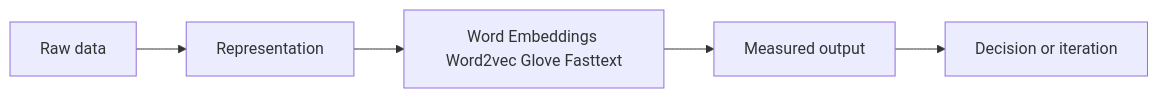
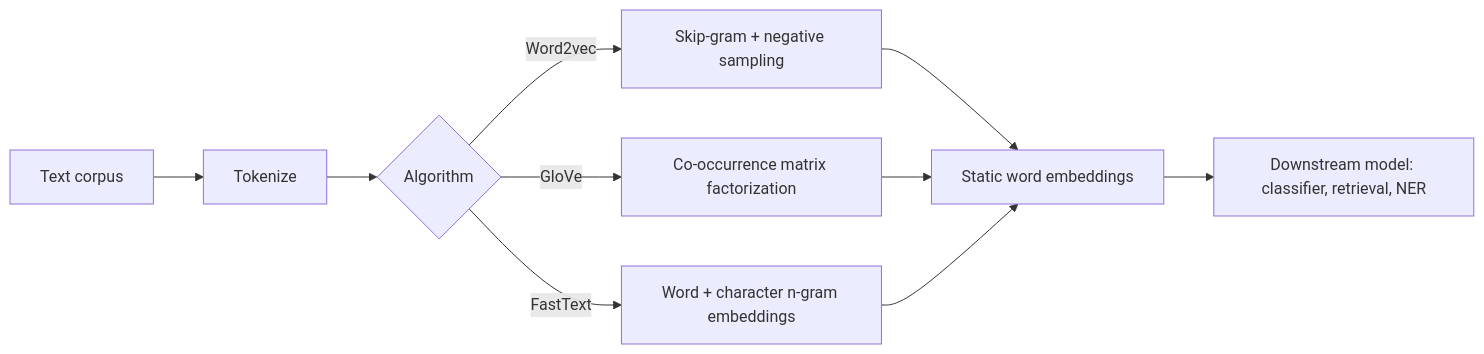
Before and after one commit to Icon1cc/Machine-Learning: the diagram in nlp/04-word-embeddings-word2vec-glove-fasttext.md, drawn with Mermaid. The commit also changed other lines of this file and 264 other files, not shown here.

````diff
--- a/nlp/04-word-embeddings-word2vec-glove-fasttext.md
+++ b/nlp/04-word-embeddings-word2vec-glove-fasttext.md
@@ -92,7 +253,12 @@
 ```mermaid
 flowchart LR
-    A[Raw data] --> B[Representation]
-    B --> C[Word Embeddings Word2vec Glove Fasttext]
-    C --> D[Measured output]
-    D --> E[Decision or iteration]
+    C[Text corpus] --> T[Tokenize]
+    T --> A{Algorithm}
+    A -- Word2vec --> SG[Skip-gram + negative sampling]
+    A -- GloVe --> CO[Co-occurrence matrix factorization]
+    A -- FastText --> FT[Word + character n-gram embeddings]
+    SG --> E[Static word embeddings]
+    CO --> E
+    FT --> E
+    E --> D[Downstream model: classifier, retrieval, NER]
 ```
````
